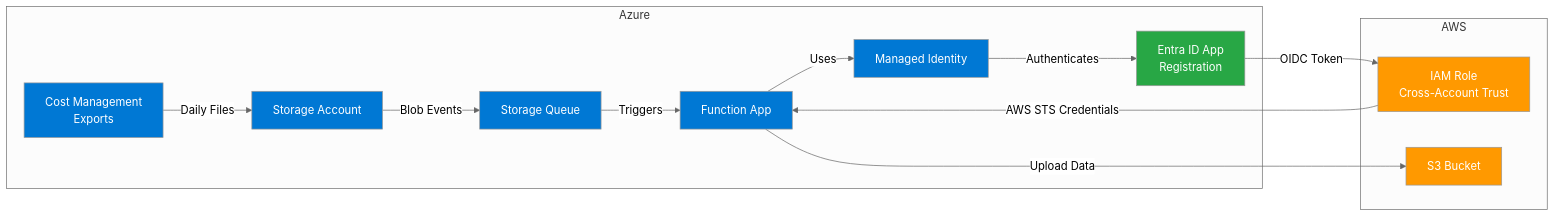
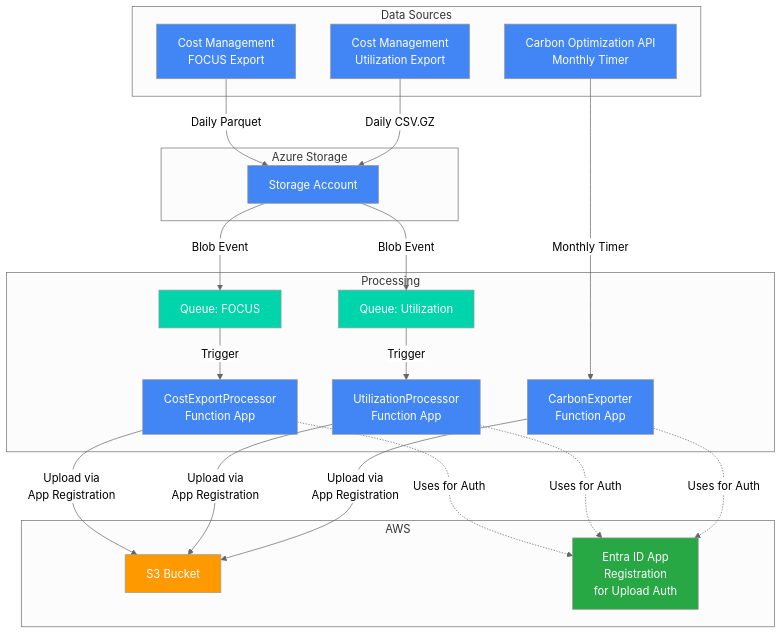
The diagram in README.md (co-cddo/terraform-azure-focus), drawn with Mermaid (neutral theme) before and after one commit. The commit also changed other lines of this file and 5 other files, not shown here.

Commit message:
fix: focus backfill and carbon for all subs

````diff
--- a/README.md
+++ b/README.md
@@ -27,39 +27,61 @@
 ```mermaid
-graph LR
-    subgraph "Azure"
-        CM[Cost Management<br/>Exports]
+graph TD
+    subgraph "Data Sources"
+        CMF[Cost Management<br/>FOCUS Export]
+        CMU[Cost Management<br/>Utilization Export]
+        COA[Carbon Optimization API<br/>Monthly Timer]
+    end
+    
+    subgraph "Azure Storage"
         SA[Storage Account]
-        Q[Storage Queue]
-        F[Function App]
-        MSI[Managed Identity]
-        APP[Entra ID App<br/>Registration]
+    end
+    
+    subgraph "Processing"
+        QF[Queue: FOCUS]
+        QU[Queue: Utilization]
+        
+        FAF[CostExportProcessor<br/>Function App]
+        FAU[UtilizationProcessor<br/>Function App]
+        FAC[CarbonExporter<br/>Function App]
     end
     
     subgraph "AWS"
-        IAM[IAM Role<br/>Cross-Account Trust]
         S3[S3 Bucket]
+        APP[Entra ID App<br/>Registration<br/>for Upload Auth]
     end
     
     %% Data Flow
-    CM -->|Daily Files| SA
-    SA -->|Blob Events| Q
-    Q -->|Triggers| F
+    CMF -->|Daily Parquet| SA
+    CMU -->|Daily CSV.GZ| SA
+    COA -->|Monthly Timer| FAC
     
-    %% Authentication Flow
-    F -->|Uses| MSI
-    MSI -->|Authenticates| APP
-    APP -->|OIDC Token| IAM
-    IAM -->|AWS STS Credentials| F
+    SA -->|Blob Event| QF
+    SA -->|Blob Event| QU
     
-    %% Upload
-    F -->|Upload Data| S3
+    QF -->|Trigger| FAF
+    QU -->|Trigger| FAU
+    
+    %% Upload Flow with App Registration Authentication
+    FAF -->|Upload via<br/>App Registration| S3
+    FAU -->|Upload via<br/>App Registration| S3
+    FAC -->|Upload via<br/>App Registration| S3
+    
+    FAF -.->|Uses for Auth| APP
+    FAU -.->|Uses for Auth| APP
+    FAC -.->|Uses for Auth| APP
     
     %% Styling
-    classDef azure fill:#0078d4,color:#fff
+    classDef datasource fill:#4285f4,color:#fff
+    classDef storage fill:#4285f4,color:#fff
+    classDef queue fill:#00d4aa,color:#fff
+    classDef function fill:#4285f4,color:#fff
     classDef aws fill:#ff9900,color:#fff
     classDef auth fill:#28a745,color:#fff
     
-    class CM,SA,Q,F,MSI azure
-    class IAM,S3 aws
+    class CMF,CMU,COA datasource
+    class SA storage
+    class QF,QU queue
+    class FAF,FAU,FAC function
+    class S3 aws
     class APP auth
 ```
````
